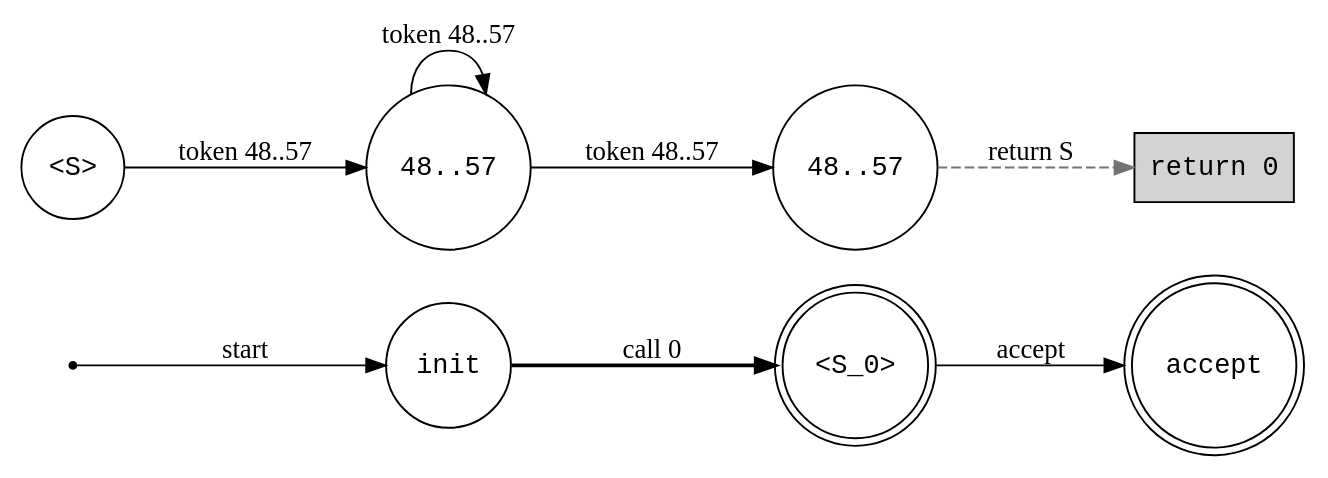
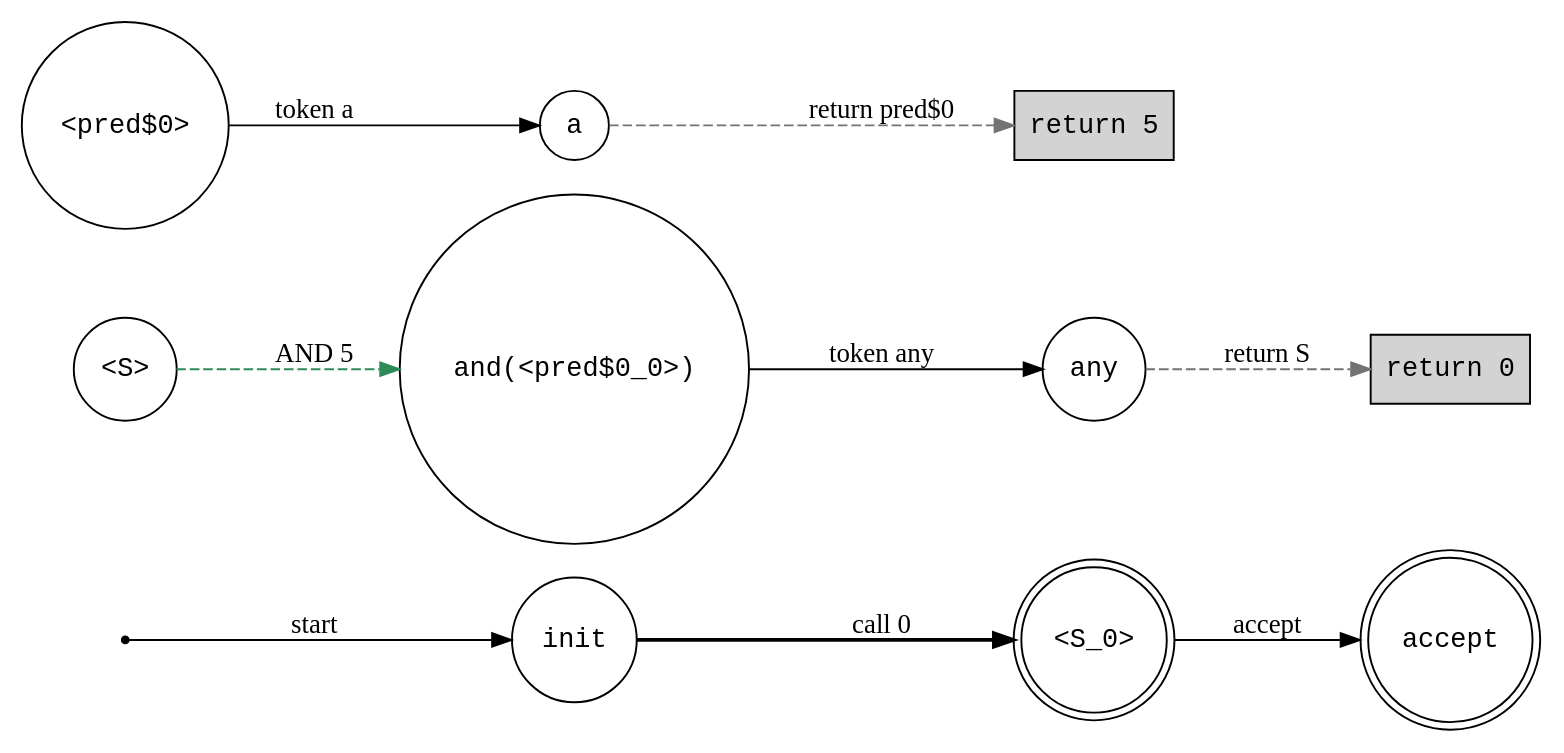
The diagram in state-machine.dot (water-mizuu/glush_dart), drawn with Graphviz before and after one commit. The commit also changed 6 other files, not shown here.

```diff
--- a/state-machine.dot
+++ b/state-machine.dot
@@ -1,19 +1,23 @@
 digraph StateMachine {
   rankdir=LR;
   node [fontname="Courier"];
   "__start__" [shape=point, label=""];
   "__accept__" [shape=doublecircle, label="accept"];
   "__return_0__" [shape=box, label="return 0", style=filled, fillcolor=lightgray];
+  "__return_5__" [shape=box, label="return 5", style=filled, fillcolor=lightgray];
   "S0" [shape=circle, label="init"];
   "S1" [shape=doublecircle, label="<S_0>"];
   "S2" [shape=circle, label="<S>"];
-  "S3" [shape=circle, label="48..57"];
-  "S4" [shape=circle, label="48..57"];
+  "S3" [shape=circle, label="and(<pred$0_0>)"];
+  "S4" [shape=circle, label="any"];
+  "S5" [shape=circle, label="<pred$0>"];
+  "S6" [shape=circle, label="a"];
   "__start__" -> "S0" [label="start"];
   "S0" -> "S1" [label="call 0", style=bold];
   "S1" -> "__accept__" [label="accept"];
-  "S2" -> "S3" [label="token 48..57"];
-  "S3" -> "S3" [label="token 48..57"];
-  "S3" -> "S4" [label="token 48..57"];
+  "S2" -> "S3" [label="AND 5", style=dashed, color=seagreen4];
+  "S3" -> "S4" [label="token any"];
   "S4" -> "__return_0__" [label="return S", style=dashed, color=gray45];
+  "S5" -> "S6" [label="token a"];
+  "S6" -> "__return_5__" [label="return pred$0", style=dashed, color=gray45];
 }
```
